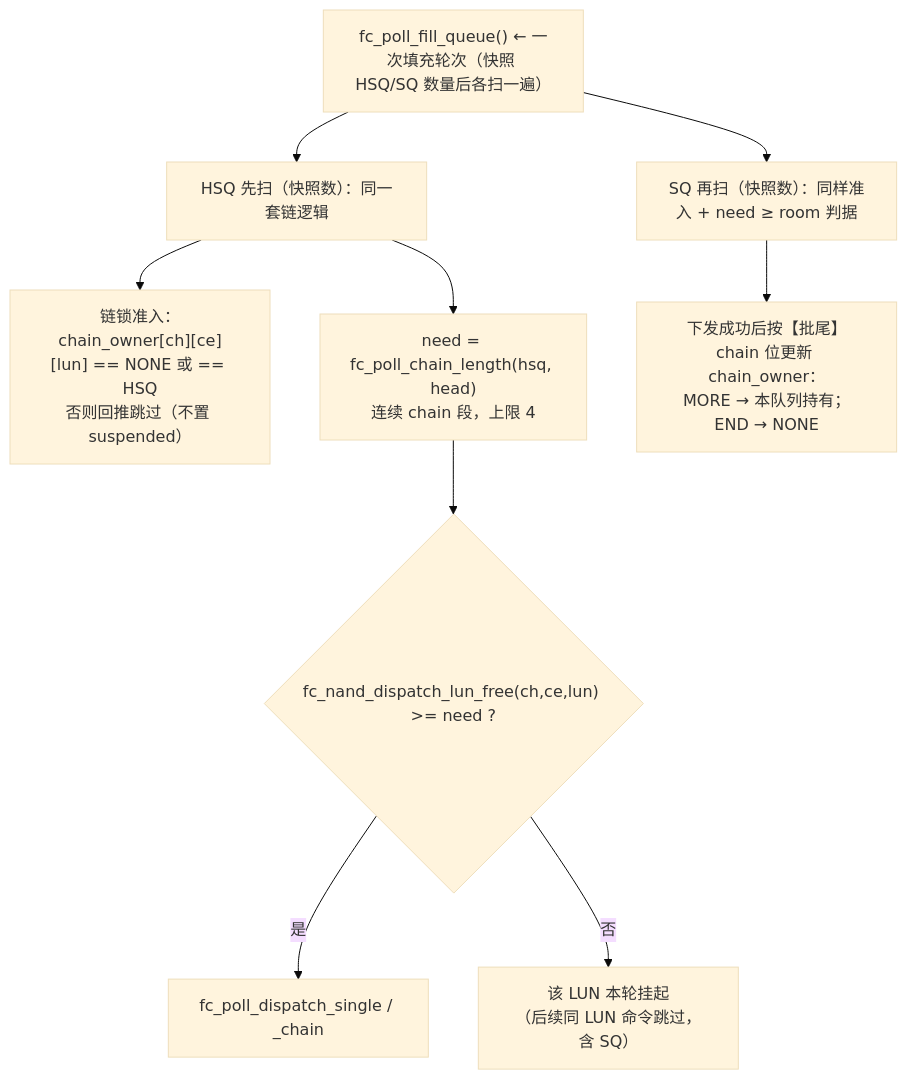
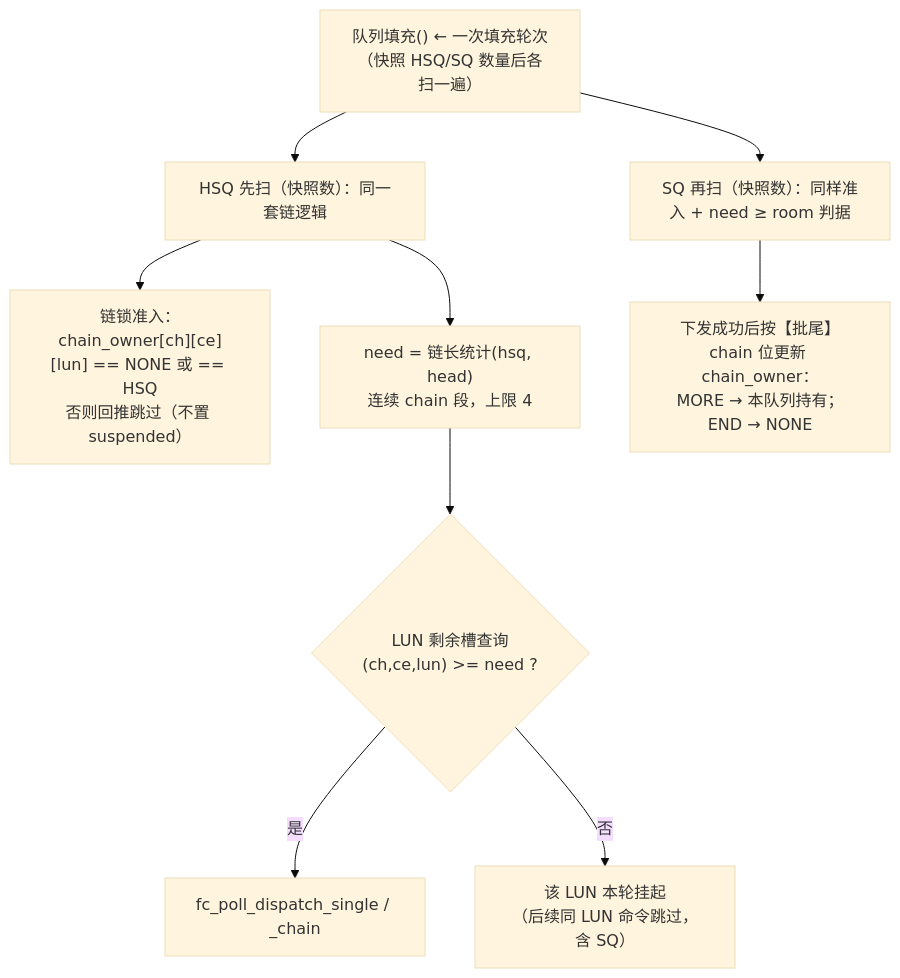
Before and after one commit to YzYMIAO/BASESSD: diagram 18 of 18 in docs/design/fc_nand_design.md, drawn with Mermaid (base theme). The commit also changed other lines of this file and 49 other files, not shown here.

````diff
--- a/docs/design/fc_nand_design.md
+++ b/docs/design/fc_nand_design.md
@@ -2272,13 +2211,13 @@
 ```mermaid
 flowchart TB
-    F["fc_poll_fill_queue() ← 一次填充轮次（快照 HSQ/SQ 数量后各扫一遍）"]
+    F["队列填充() ← 一次填充轮次（快照 HSQ/SQ 数量后各扫一遍）"]
     F --> H["HSQ 先扫（快照数）：同一套链逻辑"]
     H --> H1["链锁准入：chain_owner[ch][ce][lun] == NONE 或 == HSQ<br/>否则回推跳过（不置 suspended）"]
-    H --> H2["need = fc_poll_chain_length(hsq, head)<br/>连续 chain 段，上限 4"]
-    H2 --> H3{"fc_nand_dispatch_lun_free(ch,ce,lun) >= need ?"}
+    H --> H2["need = 链长统计(hsq, head)<br/>连续 chain 段，上限 4"]
+    H2 --> H3{"LUN 剩余槽查询(ch,ce,lun) >= need ?"}
     H3 -- "是" --> OK["fc_poll_dispatch_single / _chain"]
     H3 -- "否" --> SUS["该 LUN 本轮挂起<br/>（后续同 LUN 命令跳过，含 SQ）"]
 
     F --> S["SQ 再扫（快照数）：同样准入 + need ≥ room 判据"]
     S --> OK2["下发成功后按【批尾】chain 位更新 chain_owner：<br/>MORE → 本队列持有；END → NONE"]
 ```
````
